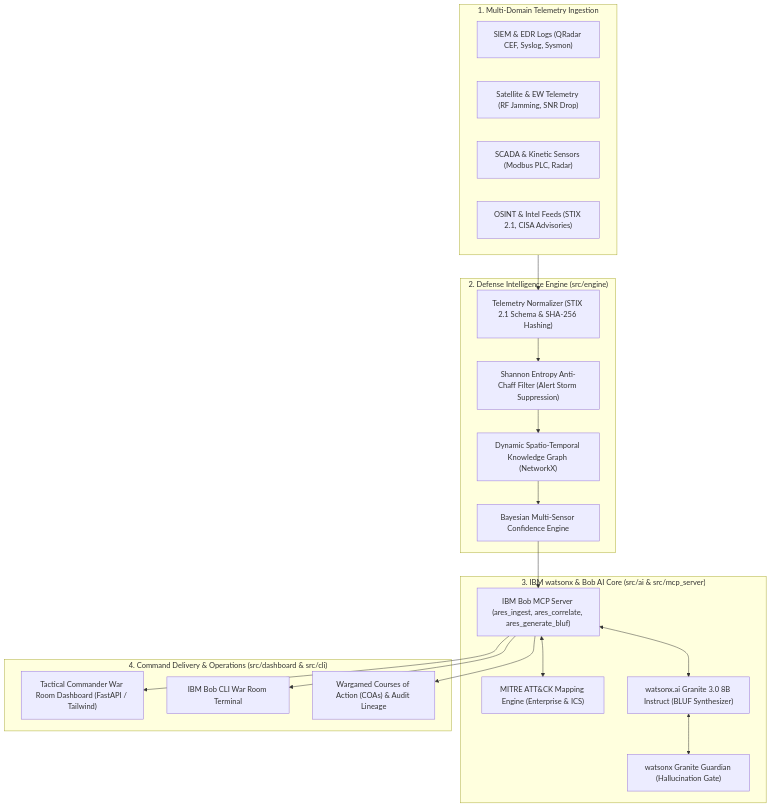
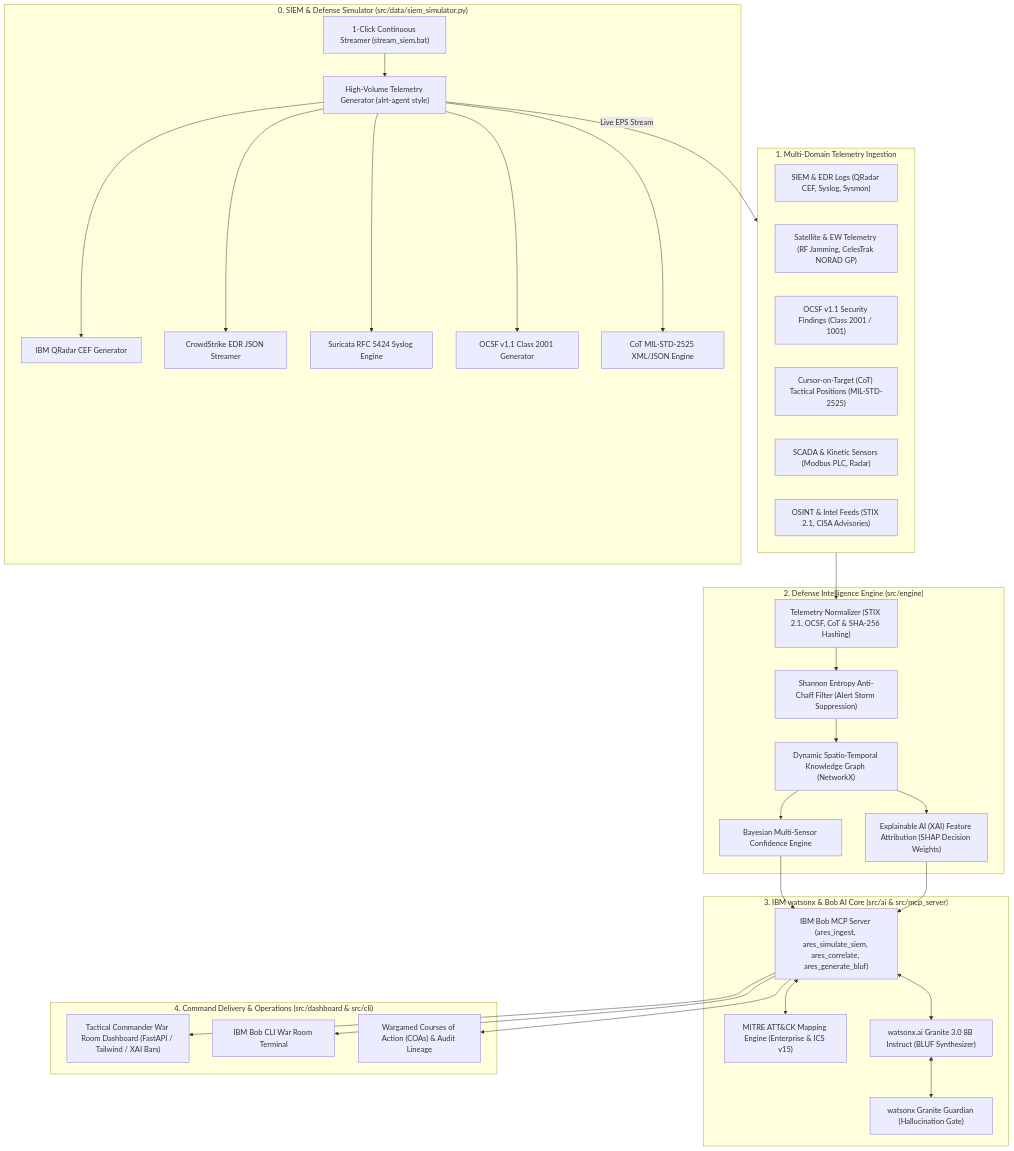
The diagram in docs/architecture.md (nerdygeek007/bob-ai-hackathon-pretzel), drawn with Mermaid before and after one commit. The commit also changed other lines of this file and 12 other files, not shown here.

Commit message:
feat(siem-sim): implement SIEM telemetry simulator, OCSF/CoT schemas, and XAI feature attributions

````diff
--- a/docs/architecture.md
+++ b/docs/architecture.md
@@ -5,39 +5,57 @@
 ```mermaid
 flowchart TD
+    subgraph Simulation["0. SIEM & Defense Simulator (src/data/siem_simulator.py)"]
+        SIEM_SIM["High-Volume Telemetry Generator (alrt-agent style)"]
+        CEF_GEN["IBM QRadar CEF Generator"]
+        EDR_GEN["CrowdStrike EDR JSON Streamer"]
+        SURI_GEN["Suricata RFC 5424 Syslog Engine"]
+        OCSF_GEN["OCSF v1.1 Class 2001 Generator"]
+        COT_GEN["CoT MIL-STD-2525 XML/JSON Engine"]
+        STREAM_BAT["1-Click Continuous Streamer (stream_siem.bat)"]
+        SIEM_SIM --> CEF_GEN & EDR_GEN & SURI_GEN & OCSF_GEN & COT_GEN
+        STREAM_BAT --> SIEM_SIM
+    end
+
     subgraph Feeds["1. Multi-Domain Telemetry Ingestion"]
         SIEM["SIEM & EDR Logs (QRadar CEF, Syslog, Sysmon)"]
-        SAT["Satellite & EW Telemetry (RF Jamming, SNR Drop)"]
+        SAT["Satellite & EW Telemetry (RF Jamming, CelesTrak NORAD GP)"]
+        OCSF["OCSF v1.1 Security Findings (Class 2001 / 1001)"]
+        COT["Cursor-on-Target (CoT) Tactical Positions (MIL-STD-2525)"]
         ICS["SCADA & Kinetic Sensors (Modbus PLC, Radar)"]
         OSINT["OSINT & Intel Feeds (STIX 2.1, CISA Advisories)"]
     end
 
     subgraph CoreEngine["2. Defense Intelligence Engine (src/engine)"]
-        NORM["Telemetry Normalizer (STIX 2.1 Schema & SHA-256 Hashing)"]
+        NORM["Telemetry Normalizer (STIX 2.1, OCSF, CoT & SHA-256 Hashing)"]
         CHAFF["Shannon Entropy Anti-Chaff Filter (Alert Storm Suppression)"]
         TKG["Dynamic Spatio-Temporal Knowledge Graph (NetworkX)"]
+        XAI["Explainable AI (XAI) Feature Attribution (SHAP Decision Weights)"]
         BAYES["Bayesian Multi-Sensor Confidence Engine"]
     end
 
     subgraph AISwarm["3. IBM watsonx & Bob AI Core (src/ai & src/mcp_server)"]
-        BOB_MCP["IBM Bob MCP Server (ares_ingest, ares_correlate, ares_generate_bluf)"]
-        MITRE["MITRE ATT&CK Mapping Engine (Enterprise & ICS)"]
+        BOB_MCP["IBM Bob MCP Server (ares_ingest, ares_simulate_siem, ares_correlate, ares_generate_bluf)"]
+        MITRE["MITRE ATT&CK Mapping Engine (Enterprise & ICS v15)"]
         GRANITE["watsonx.ai Granite 3.0 8B Instruct (BLUF Synthesizer)"]
         GUARDIAN["watsonx Granite Guardian (Hallucination Gate)"]
     end
 
     subgraph Delivery["4. Command Delivery & Operations (src/dashboard & src/cli)"]
-        WARROOM["Tactical Commander War Room Dashboard (FastAPI / Tailwind)"]
+        WARROOM["Tactical Commander War Room Dashboard (FastAPI / Tailwind / XAI Bars)"]
         TERMINAL["IBM Bob CLI War Room Terminal"]
         COA["Wargamed Courses of Action (COAs) & Audit Lineage"]
     end
 
+    SIEM_SIM -->|Live EPS Stream| Feeds
     Feeds --> NORM
     NORM --> CHAFF
     CHAFF --> TKG
     TKG --> BAYES
+    TKG --> XAI
     BAYES --> BOB_MCP
+    XAI --> BOB_MCP
     BOB_MCP <--> MITRE
     BOB_MCP <--> GRANITE
     GRANITE <--> GUARDIAN
     BOB_MCP --> WARROOM & TERMINAL & COA
 ```
````
